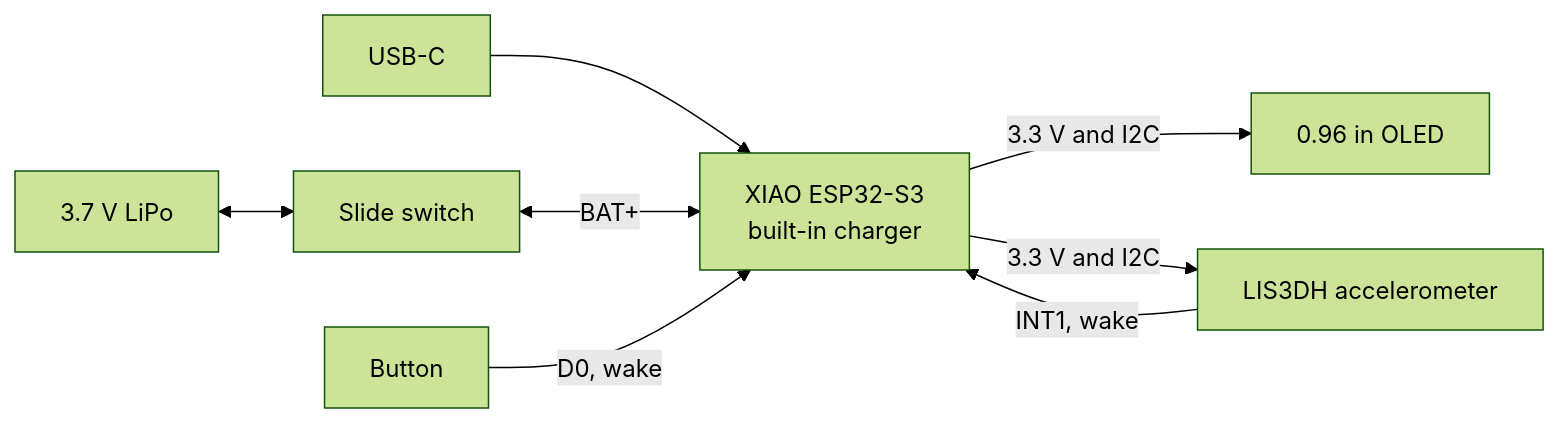
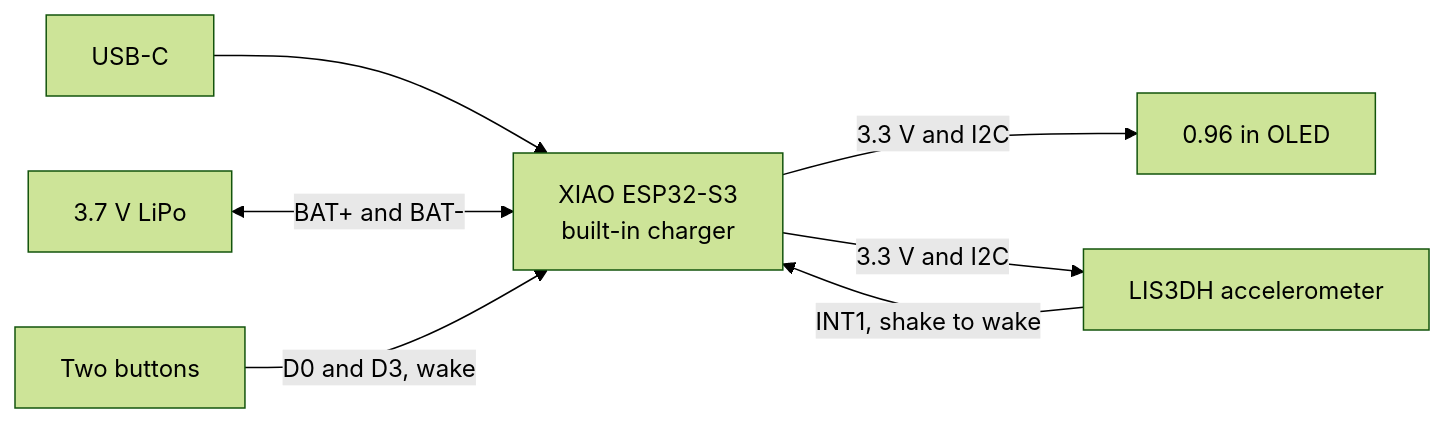
One commit to hronkrobotics/solareyes changed the first of 5 diagrams in README.md. Above: the diagram before and after it, drawn with Mermaid (forest theme). The commit also changed other lines of this file and 11 other files, not shown here.

First line of the commit message:
Case rev 2, two mood buttons, and shake to wake with no power switch

````diff
--- a/README.md
+++ b/README.md
@@ -29,10 +29,9 @@
 ```mermaid
 flowchart LR
     USB["USB-C"] --> MCU["XIAO ESP32-S3<br/>built-in charger"]
-    CELL["3.7 V LiPo"] <--> SW["Slide switch"]
-    SW <-->|"BAT+"| MCU
+    CELL["3.7 V LiPo"] <-->|"BAT+ and BAT-"| MCU
     MCU -->|"3.3 V and I2C"| OLED["0.96 in OLED"]
     MCU -->|"3.3 V and I2C"| ACC["LIS3DH accelerometer"]
-    ACC -->|"INT1, wake"| MCU
-    BTN["Button"] -->|"D0, wake"| MCU
+    ACC -->|"INT1, shake to wake"| MCU
+    BTN["Two buttons"] -->|"D0 and D3, wake"| MCU
 ```
````
